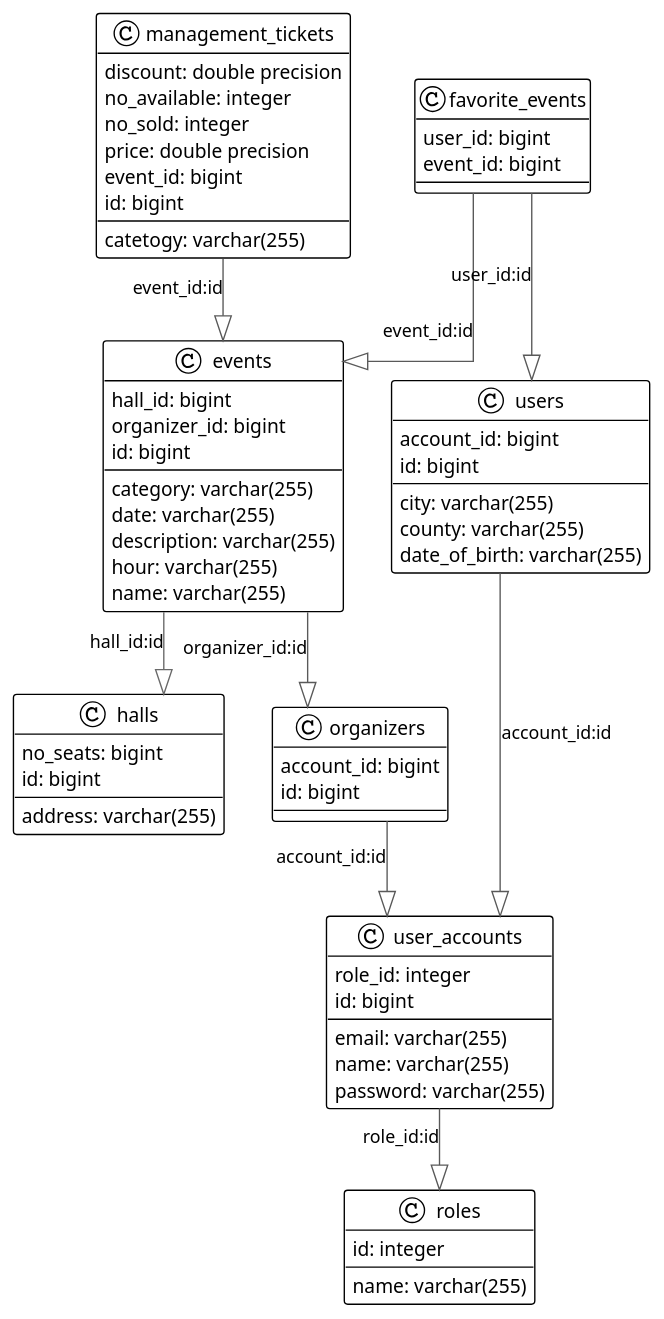
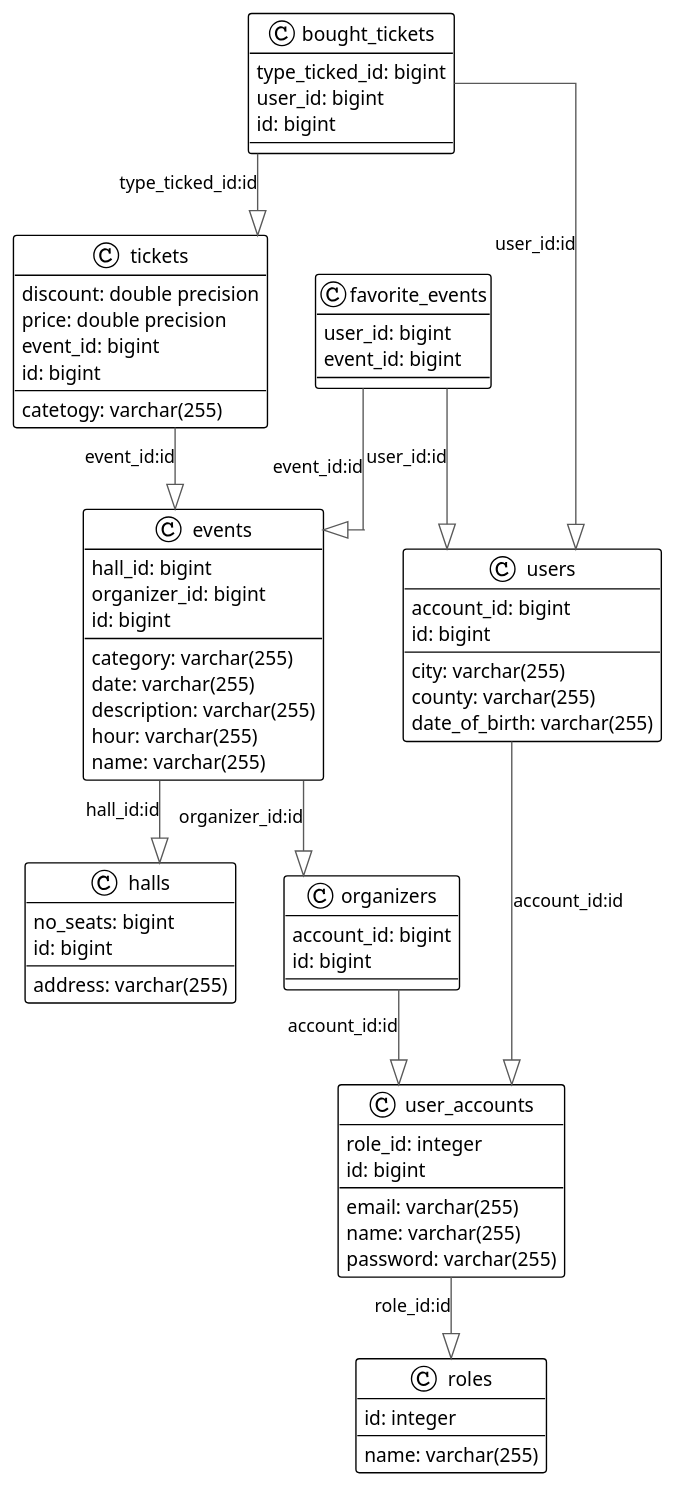
Before and after one commit to ardeleanraluca/Events-Application: the diagram in dataBase_diagram.puml, drawn with PlantUML. The commit also changed 4 other files, not shown here.

Commit message:
- BoughtTickets table added

```diff
--- a/dataBase_diagram.puml
+++ b/dataBase_diagram.puml
@@ -1,65 +1,71 @@
 @startuml
+
 !theme plain
 top to bottom direction
 skinparam linetype ortho
 
+class bought_tickets {
+   type_ticked_id: bigint
+   user_id: bigint
+   id: bigint
+}
 class events {
    category: varchar(255)
    date: varchar(255)
    description: varchar(255)
    hour: varchar(255)
    name: varchar(255)
    hall_id: bigint
    organizer_id: bigint
    id: bigint
 }
 class favorite_events {
    user_id: bigint
    event_id: bigint
 }
 class halls {
    address: varchar(255)
    no_seats: bigint
    id: bigint
 }
 class organizers {
    account_id: bigint
    id: bigint
 }
 class roles {
    name: varchar(255)
    id: integer
 }
-class management_tickets {
+class tickets {
    catetogy: varchar(255)
    discount: double precision
-   no_available: integer
-   no_sold: integer
    price: double precision
    event_id: bigint
    id: bigint
 }
 class user_accounts {
    email: varchar(255)
    name: varchar(255)
    password: varchar(255)
    role_id: integer
    id: bigint
 }
 class users {
    city: varchar(255)
    county: varchar(255)
    date_of_birth: varchar(255)
    account_id: bigint
    id: bigint
 }
 
-events           -[#696969,plain]-^  halls           : "hall_id:id"
+bought_tickets   -[#595959,plain]-^  tickets         : "type_ticked_id:id"
+bought_tickets   -[#595959,plain]-^  users           : "user_id:id"
+events           -[#595959,plain]-^  halls           : "hall_id:id"
 events           -[#595959,plain]-^  organizers      : "organizer_id:id"
 favorite_events  -[#595959,plain]-^  events          : "event_id:id"
 favorite_events  -[#595959,plain]-^  users           : "user_id:id"
 organizers       -[#595959,plain]-^  user_accounts   : "account_id:id"
-management_tickets          -[#595959,plain]-^  events          : "event_id:id"
+tickets          -[#595959,plain]-^  events          : "event_id:id"
 user_accounts    -[#595959,plain]-^  roles           : "role_id:id"
 users            -[#595959,plain]-^  user_accounts   : "account_id:id"
 @enduml
```
